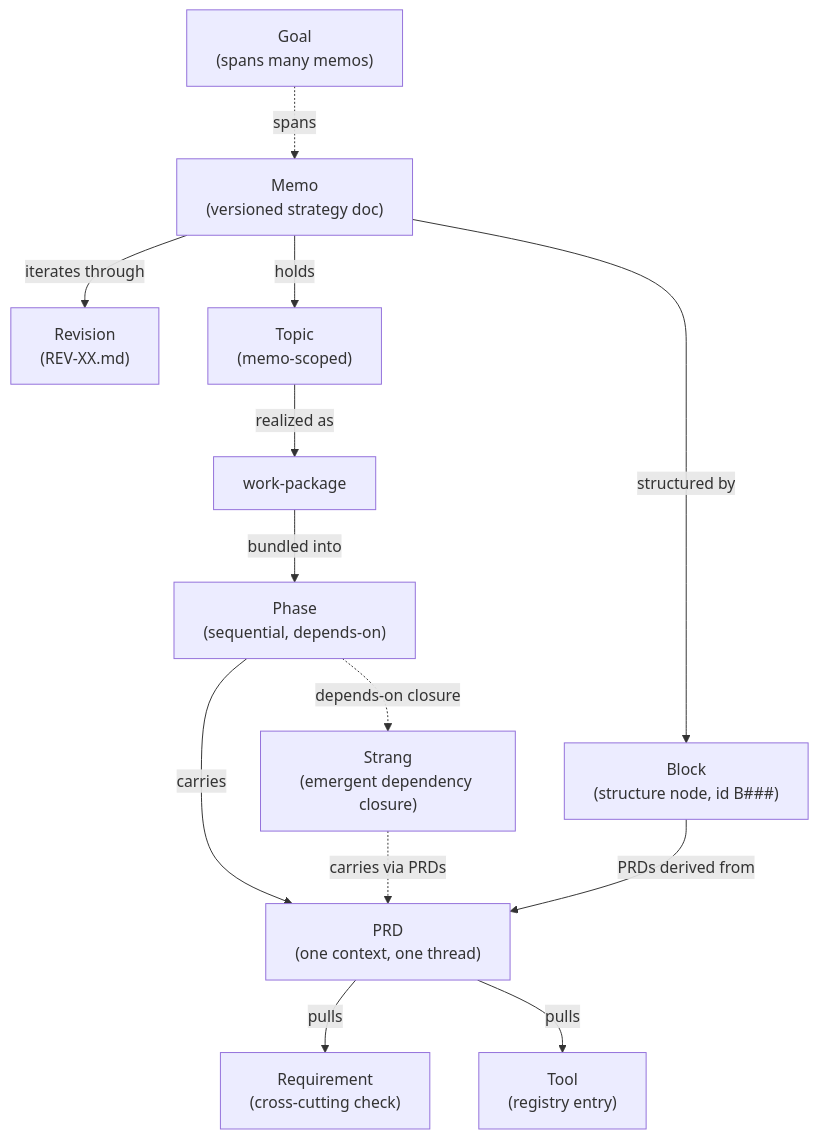
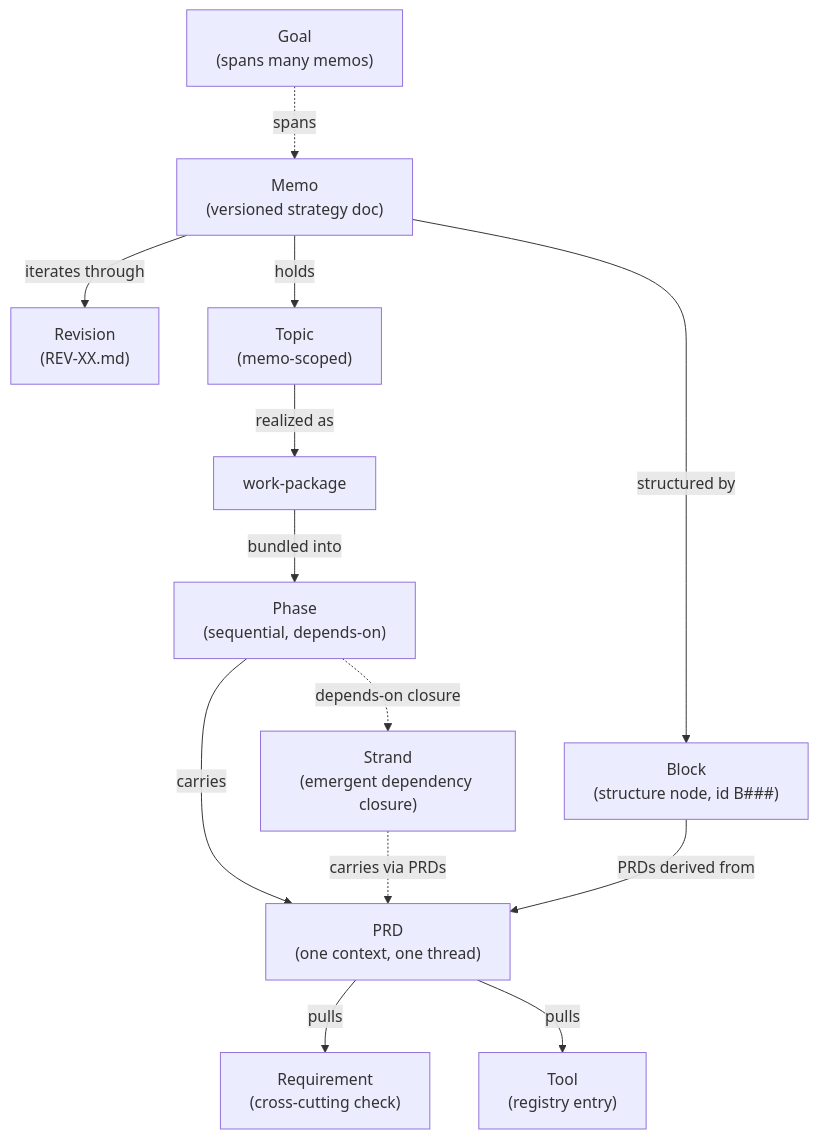
One commit to Memo-Init/spec changed the first of 4 diagrams in generated/docs-payload/30-primitives.md. Above: the diagram before and after it, drawn with Mermaid. The commit also changed other lines of this file and 38 other files, not shown here.

````diff
--- a/generated/docs-payload/30-primitives.md
+++ b/generated/docs-payload/30-primitives.md
@@ -26,27 +26,27 @@
 ```mermaid
 flowchart TD
     GOAL["Goal<br/>(spans many memos)"]
     MEMO["Memo<br/>(versioned strategy doc)"]
     REV["Revision<br/>(REV-XX.md)"]
     TOPIC["Topic<br/>(memo-scoped)"]
     BLOCK["Block<br/>(structure node, id B###)"]
     WP["work-package"]
     PHASE["Phase<br/>(sequential, depends-on)"]
     PRD["PRD<br/>(one context, one thread)"]
-    STRAND["Strang<br/>(emergent dependency closure)"]
+    STRAND["Strand<br/>(emergent dependency closure)"]
     REQ["Requirement<br/>(cross-cutting check)"]
     TOOL["Tool<br/>(registry entry)"]
 
     GOAL -.->|spans| MEMO
     MEMO -->|iterates through| REV
     MEMO -->|holds| TOPIC
     MEMO -->|structured by| BLOCK
     TOPIC -->|realized as| WP
     WP -->|bundled into| PHASE
     PHASE -->|carries| PRD
     BLOCK -->|PRDs derived from| PRD
     PHASE -. depends-on closure .-> STRAND
     STRAND -. carries via PRDs .-> PRD
     PRD -->|pulls| REQ
     PRD -->|pulls| TOOL
 ```
````
